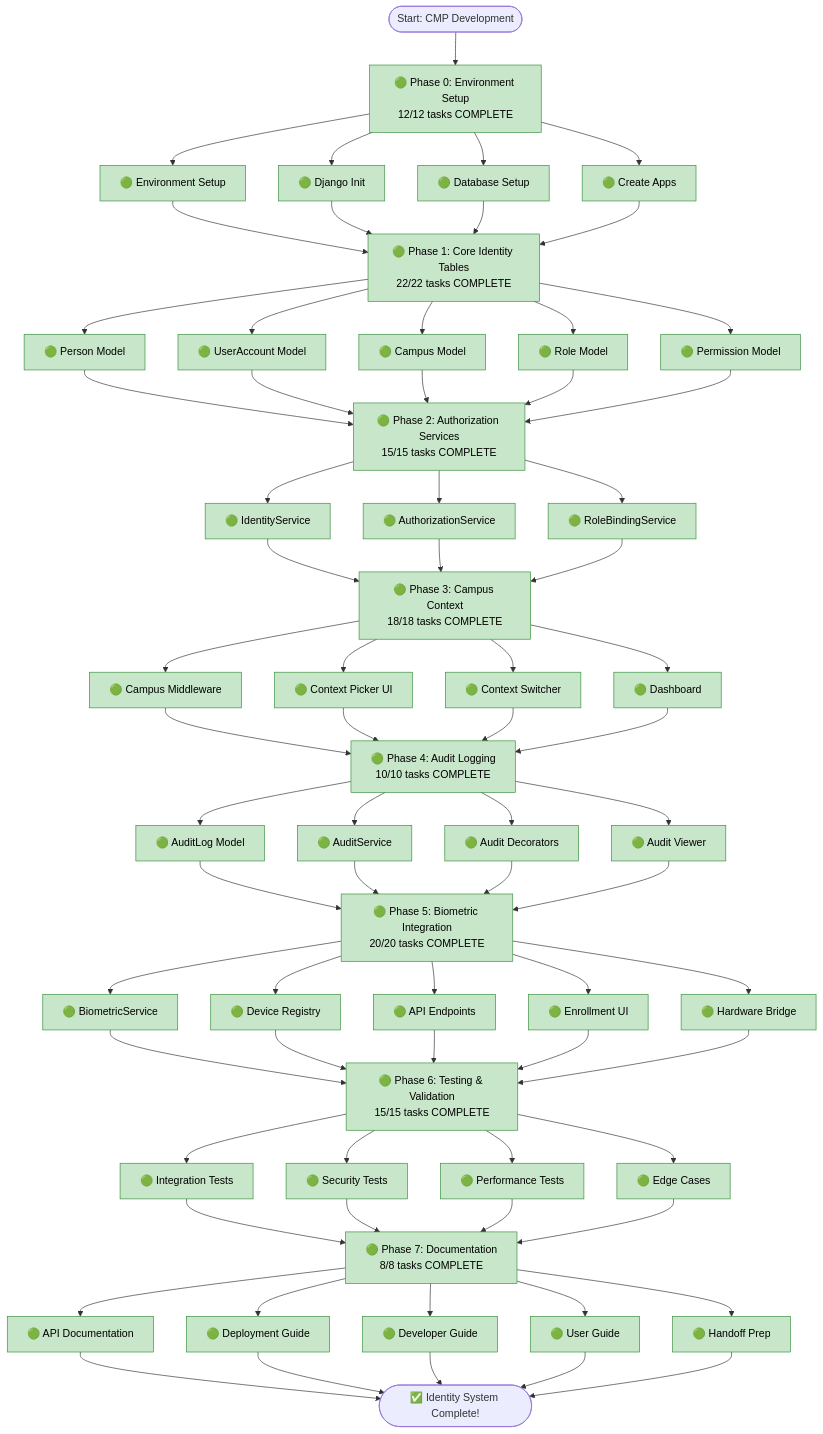
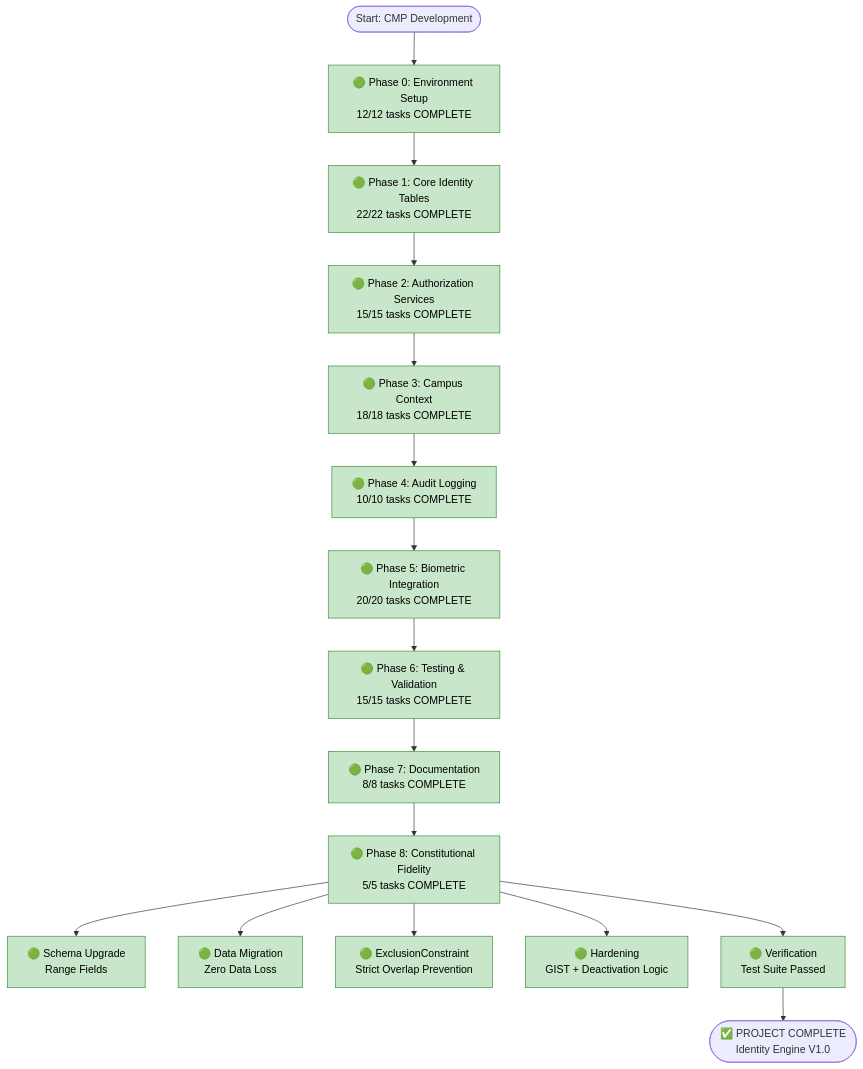
Before and after one commit to LangoveCoder/Campus-Managment-System: the diagram in flowchart.md, drawn with Mermaid. The commit also changed other lines of this file and 6 other files, not shown here.

Commit message:
Update docs and artifacts to Phase 8.3 Hardening

````diff
--- a/flowchart.md
+++ b/flowchart.md
@@ -20,118 +32,59 @@
 
     %% Phase 0
     Phase0[🟢 Phase 0: Environment Setup<br/>12/12 tasks COMPLETE]
-    Phase0 --> Env[🟢 Environment Setup]
-    Phase0 --> Django[🟢 Django Init]
-    Phase0 --> DB[🟢 Database Setup]
-    Phase0 --> Apps[🟢 Create Apps]
     
-    Env --> Phase1
-    Django --> Phase1
-    DB --> Phase1
-    Apps --> Phase1
+    Phase0 --> Phase1
 
     %% Phase 1
     Phase1[🟢 Phase 1: Core Identity Tables<br/>22/22 tasks COMPLETE]
-    Phase1 --> Person[🟢 Person Model]
-    Phase1 --> UserAccount[🟢 UserAccount Model]
-    Phase1 --> Campus[🟢 Campus Model]
-    Phase1 --> Role[🟢 Role Model]
-    Phase1 --> Permission[🟢 Permission Model]
     
-    Person --> Phase2
-    UserAccount --> Phase2
-    Campus --> Phase2
-    Role --> Phase2
-    Permission --> Phase2
+    Phase1 --> Phase2
 
     %% Phase 2
     Phase2[🟢 Phase 2: Authorization Services<br/>15/15 tasks COMPLETE]
-    Phase2 --> Identity[🟢 IdentityService]
-    Phase2 --> Auth[🟢 AuthorizationService]
-    Phase2 --> RoleBinding[🟢 RoleBindingService]
     
-    Identity --> Phase3
-    Auth --> Phase3
-    RoleBinding --> Phase3
+    Phase2 --> Phase3
 
     %% Phase 3
     Phase3[🟢 Phase 3: Campus Context<br/>18/18 tasks COMPLETE]
-    Phase3 --> Middleware[🟢 Campus Middleware]
-    Phase3 --> Picker[🟢 Context Picker UI]
-    Phase3 --> Switcher[🟢 Context Switcher]
-    Phase3 --> Dashboard[🟢 Dashboard]
     
-    Middleware --> Phase4
-    Picker --> Phase4
-    Switcher --> Phase4
-    Dashboard --> Phase4
+    Phase3 --> Phase4
 
     %% Phase 4
     Phase4[🟢 Phase 4: Audit Logging<br/>10/10 tasks COMPLETE]
-    Phase4 --> AuditModel[🟢 AuditLog Model]
-    Phase4 --> AuditSvc[🟢 AuditService]
-    Phase4 --> Decorators[🟢 Audit Decorators]
-    Phase4 --> Viewer[🟢 Audit Viewer]
     
-    AuditModel --> Phase5
-    AuditSvc --> Phase5
-    Decorators --> Phase5
-    Viewer --> Phase5
+    Phase4 --> Phase5
 
     %% Phase 5
     Phase5[🟢 Phase 5: Biometric Integration<br/>20/20 tasks COMPLETE]
-    Phase5 --> BioSvc[🟢 BiometricService]
-    Phase5 --> Devices[🟢 Device Registry]
-    Phase5 --> API[🟢 API Endpoints]
-    Phase5 --> EnrollUI[🟢 Enrollment UI]
-    Phase5 --> Bridge[🟢 Hardware Bridge]
     
-    BioSvc --> Phase6
-    Devices --> Phase6
-    API --> Phase6
-    EnrollUI --> Phase6
-    Bridge --> Phase6
+    Phase5 --> Phase6
 
     %% Phase 6
     Phase6[🟢 Phase 6: Testing & Validation<br/>15/15 tasks COMPLETE]
-    Phase6 --> IntTests[🟢 Integration Tests]
-    Phase6 --> SecTests[🟢 Security Tests]
-    Phase6 --> PerfTests[🟢 Performance Tests]
-    Phase6 --> EdgeCases[🟢 Edge Cases]
     
-    IntTests --> Phase7
-    SecTests --> Phase7
-    PerfTests --> Phase7
-    EdgeCases --> Phase7
+    Phase6 --> Phase7
 
     %% Phase 7
     Phase7[🟢 Phase 7: Documentation<br/>8/8 tasks COMPLETE]
-    Phase7 --> APIDocs[🟢 API Documentation]
-    Phase7 --> Deploy[🟢 Deployment Guide]
-    Phase7 --> DevGuide[🟢 Developer Guide]
-    Phase7 --> UserGuide[🟢 User Guide]
-    Phase7 --> Handoff[🟢 Handoff Prep]
+
+    Phase7 --> Phase8
+
+    %% Phase 8
+    Phase8[🟢 Phase 8: Constitutional Fidelity<br/>5/5 tasks COMPLETE]
+    Phase8 --> Schema[🟢 Schema Upgrade<br/>Range Fields]
+    Phase8 --> Migration[🟢 Data Migration<br/>Zero Data Loss]
+    Phase8 --> Constraint[🟢 ExclusionConstraint<br/>Strict Overlap Prevention]
+    Phase8 --> Hardening[🟢 Hardening<br/>GIST + Deactivation Logic]
+    Phase8 --> Verify[🟢 Verification<br/>Test Suite Passed]
     
-    APIDocs --> Complete
-    Deploy --> Complete
-    DevGuide --> Complete
-    UserGuide --> Complete
-    Handoff --> Complete
+    Verify --> Complete
 
-    Complete([✅ Identity System Complete!])
+    Complete([✅ PROJECT COMPLETE<br/>Identity Engine V1.0])
 
     %% Styling
-    classDef completed fill:#c8e6c9,stroke:#388e3c,color:#000
-    classDef inProgress fill:#fff9c4,stroke:#f9a825,color:#000
-    classDef notStarted fill:#ffcdd2,stroke:#c62828,color:#000
-
-    class Phase0,Phase1,Phase2,Phase3,Phase4,Phase5,Phase6,Phase7 completed
-    class Env,Django,DB,Apps completed
-    class Person,UserAccount,Campus,Role,Permission completed
-    class Identity,Auth,RoleBinding completed
-    class Middleware,Picker,Switcher,Dashboard completed
-    class AuditModel,AuditSvc,Decorators,Viewer completed
-    class BioSvc,Devices,API,EnrollUI,Bridge completed
-    class IntTests,SecTests,PerfTests,EdgeCases completed
-    class APIDocs,Deploy,DevGuide,UserGuide,Handoff completed
+    classDef complete fill:#c8e6c9,stroke:#388e3c,color:#000
+    
+    class Phase0,Phase1,Phase2,Phase3,Phase4,Phase5,Phase6,Phase7,Phase8 complete
+    class Schema,Migration,Constraint,Hardening,Verify complete
 ```
````
